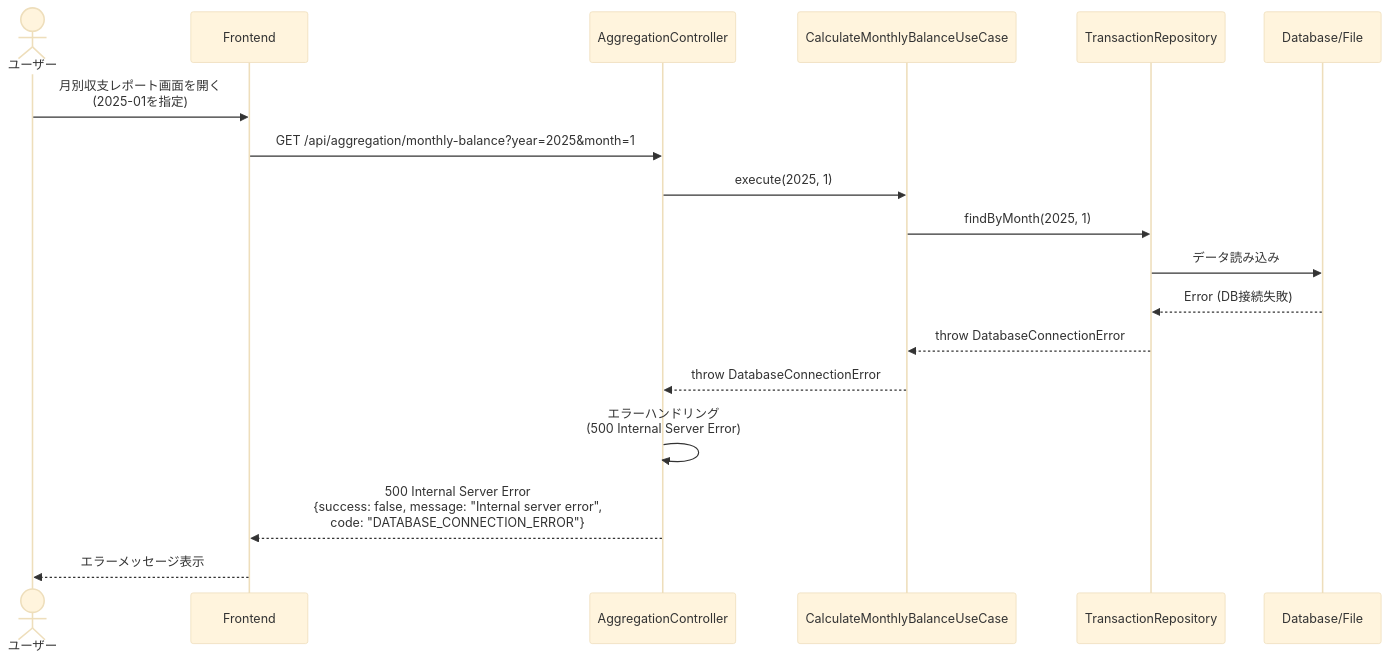
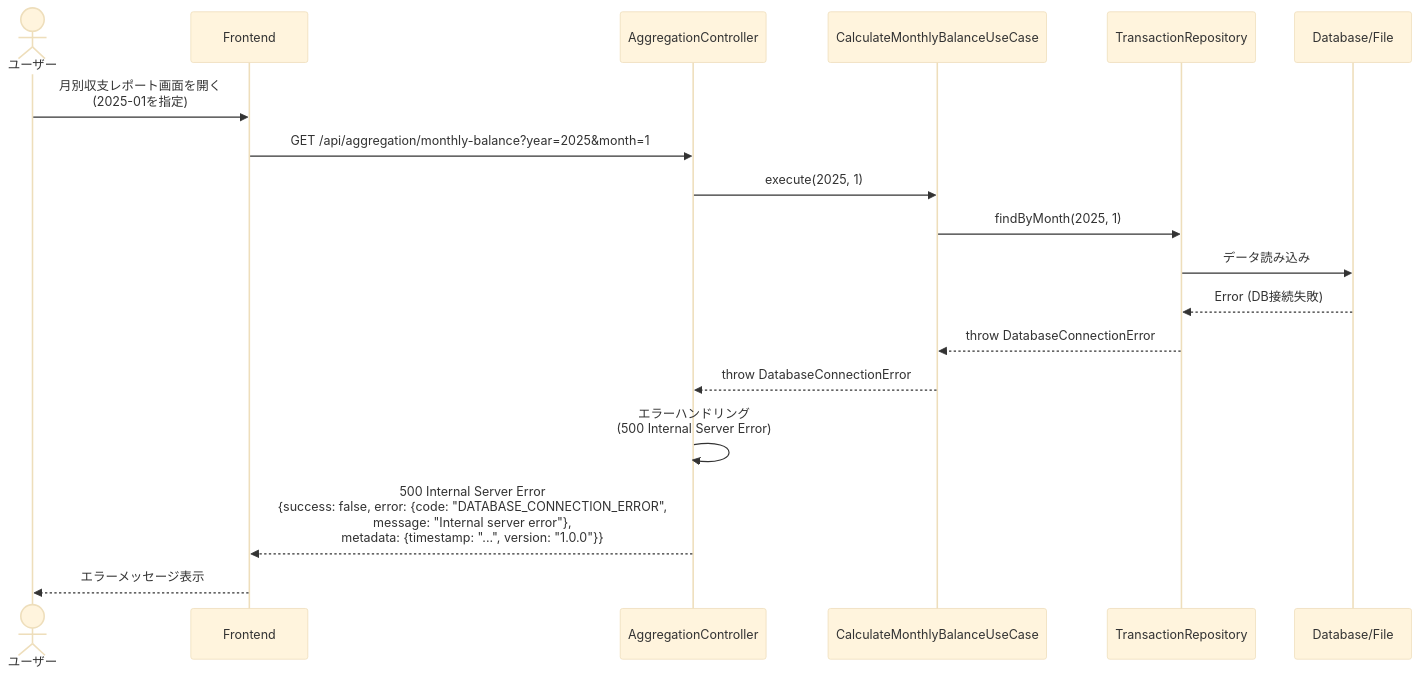
The fourth of 4 diagrams in docs/detailed-design/FR-016_monthly-balance-aggregation/sequence-diagrams.md (kencom2400/account-book), drawn with Mermaid (base theme) before and after one commit. The commit also changed other lines of this file and 2 other files, not shown here.

````diff
--- a/docs/detailed-design/FR-016_monthly-balance-aggregation/sequence-diagrams.md
+++ b/docs/detailed-design/FR-016_monthly-balance-aggregation/sequence-diagrams.md
@@ -201,24 +201,24 @@
 ```mermaid
 sequenceDiagram
     actor User as ユーザー
     participant FE as Frontend
     participant API as AggregationController
     participant UC as CalculateMonthlyBalanceUseCase
     participant Repo as TransactionRepository
     participant DB as Database/File
 
     User->>FE: 月別収支レポート画面を開く<br/>(2025-01を指定)
     FE->>API: GET /api/aggregation/monthly-balance?year=2025&month=1
 
     API->>UC: execute(2025, 1)
 
     UC->>Repo: findByMonth(2025, 1)
     Repo->>DB: データ読み込み
     DB-->>Repo: Error (DB接続失敗)
     Repo-->>UC: throw DatabaseConnectionError
 
     UC-->>API: throw DatabaseConnectionError
     API->>API: エラーハンドリング<br/>(500 Internal Server Error)
-    API-->>FE: 500 Internal Server Error<br/>{success: false, message: "Internal server error",<br/>code: "DATABASE_CONNECTION_ERROR"}
+    API-->>FE: 500 Internal Server Error<br/>{success: false, error: {code: "DATABASE_CONNECTION_ERROR",<br/>message: "Internal server error"},<br/>metadata: {timestamp: "...", version: "1.0.0"}}
     FE-->>User: エラーメッセージ表示
 ```
````
